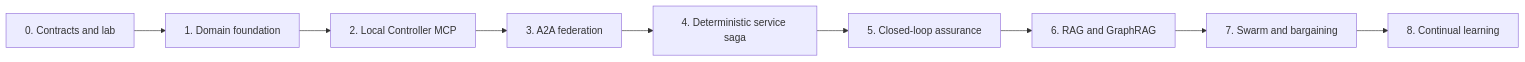
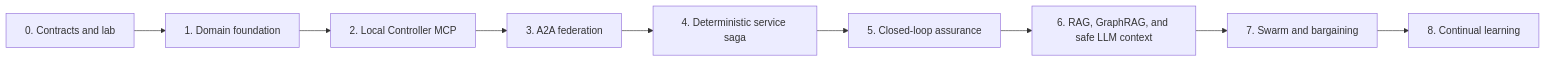
Before and after one commit to allenabishekGithub/inter-domain-automatedNetworking: the first of 2 diagrams in docs/implementation-roadmap.md, drawn with Mermaid. The commit also changed other lines of this file and 4 other files, not shown here.

````diff
--- a/docs/implementation-roadmap.md
+++ b/docs/implementation-roadmap.md
@@ -8,11 +9,11 @@
 ```mermaid
 flowchart LR
     P0[0. Contracts and lab] --> P1[1. Domain foundation]
     P1 --> P2[2. Local Controller MCP]
     P2 --> P3[3. A2A federation]
     P3 --> P4[4. Deterministic service saga]
     P4 --> P5[5. Closed-loop assurance]
-    P5 --> P6[6. RAG and GraphRAG]
+    P5 --> P6[6. RAG, GraphRAG, and safe LLM context]
     P6 --> P7[7. Swarm and bargaining]
     P7 --> P8[8. Continual learning]
 ```
````
